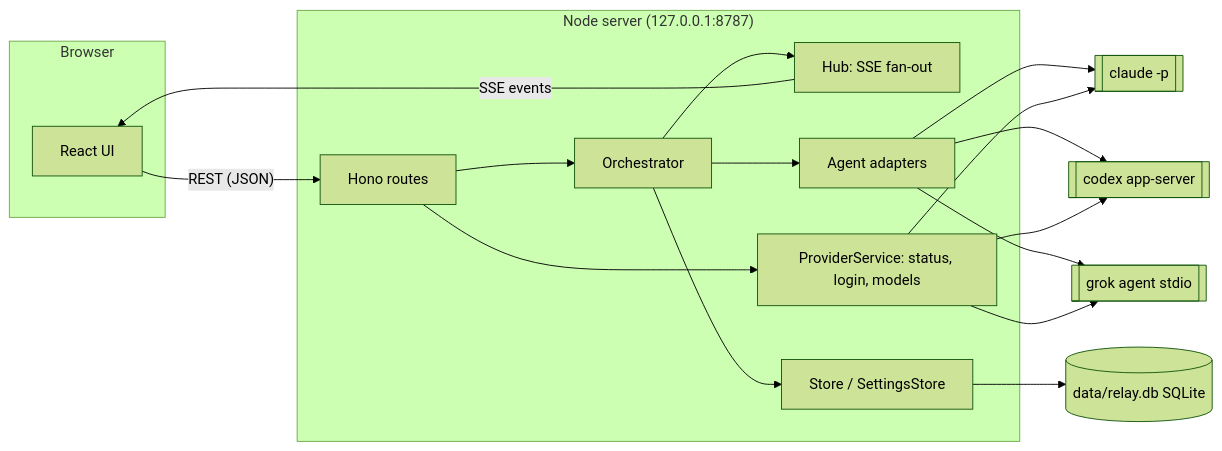
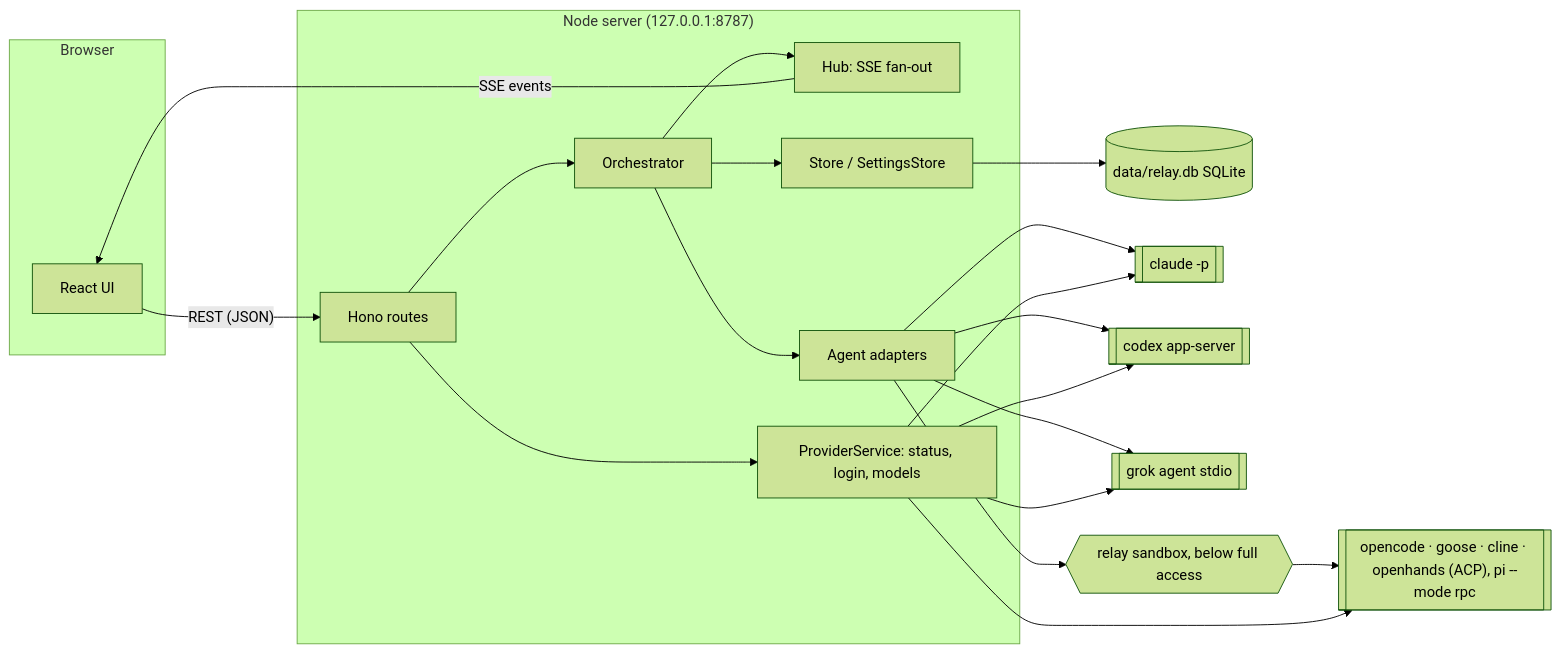
The first of 2 diagrams in docs/architecture.md (Agentic-System-Lab/harness-relay), drawn with Mermaid (forest theme) before and after one commit. The commit also changed other lines of this file and 260 other files, not shown here.

````diff
--- a/docs/architecture.md
+++ b/docs/architecture.md
@@ -12,29 +12,32 @@
 ```mermaid
 flowchart LR
   subgraph Browser
     UI[React UI]
   end
   subgraph Server["Node server (127.0.0.1:8787)"]
     API[Hono routes]
     ORCH[Orchestrator]
     HUB[Hub: SSE fan-out]
     STORE[Store / SettingsStore]
     PROV[ProviderService: status, login, models]
     RUN[Agent adapters]
   end
   DB[(data/relay.db SQLite)]
   CLAUDE[[claude -p]]
   CODEX[[codex app-server]]
   GROK[[grok agent stdio]]
+  SBX{{relay sandbox, below full access}}
+  OPEN[["opencode · goose · cline · openhands (ACP), pi --mode rpc"]]
 
   UI -- REST (JSON) --> API
   HUB -- SSE events --> UI
   API --> ORCH
   API --> PROV
   ORCH --> RUN
   ORCH --> HUB
   ORCH --> STORE
   STORE --> DB
   RUN --> CLAUDE & CODEX & GROK
-  PROV --> CLAUDE & CODEX & GROK
+  RUN --> SBX --> OPEN
+  PROV --> CLAUDE & CODEX & GROK & OPEN
 ```
````
